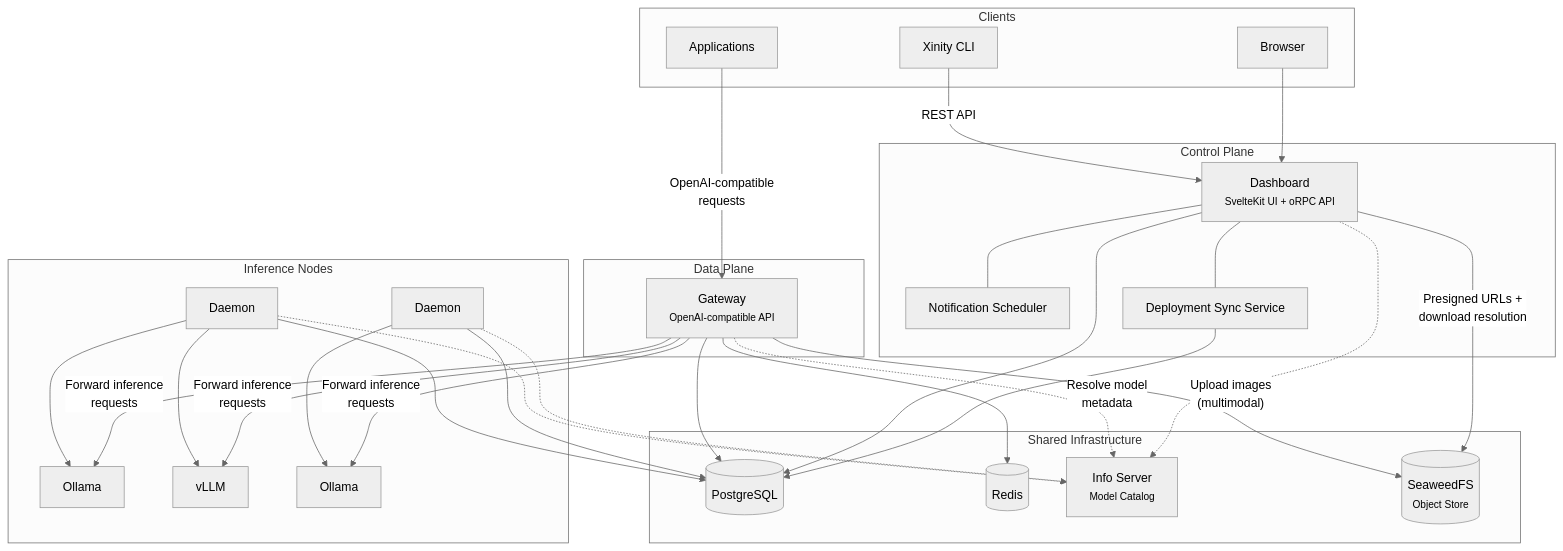
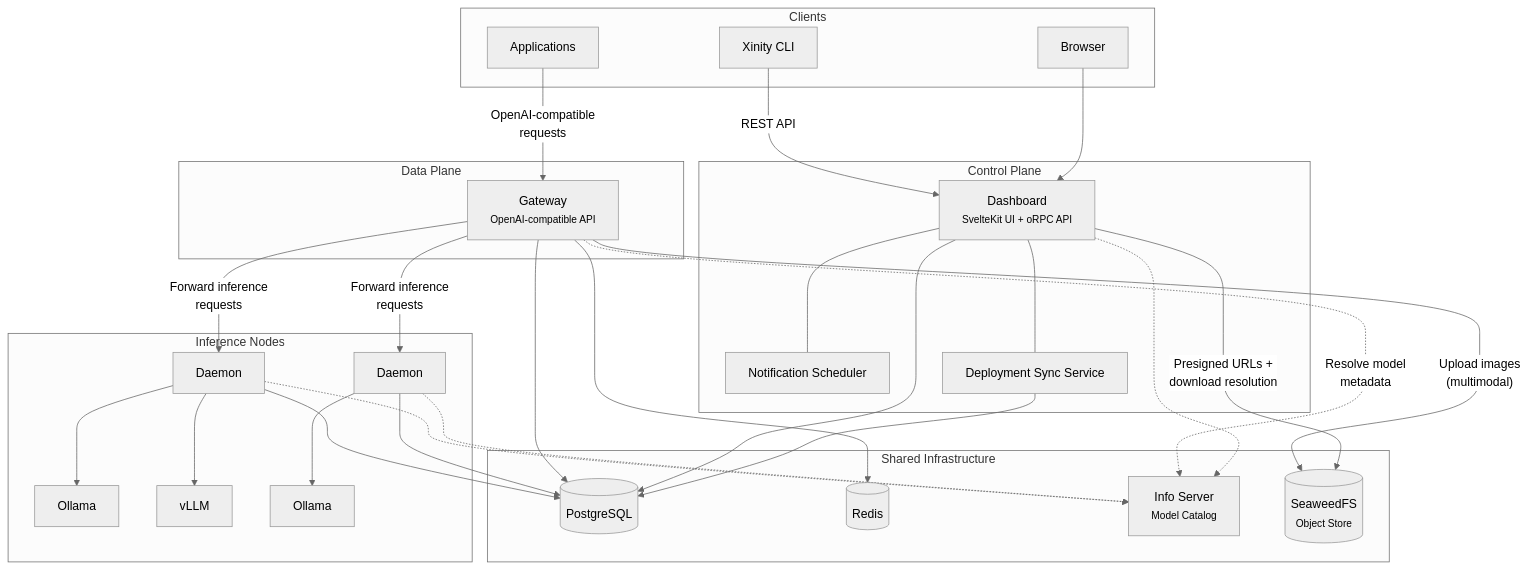
The first of 3 diagrams in docs/architecture.md (xinity-ai/xinity-ai), drawn with Mermaid (neutral theme) before and after one commit. The commit also changed other lines of this file and 37 other files, not shown here.

````diff
--- a/docs/architecture.md
+++ b/docs/architecture.md
@@ -11,61 +11,60 @@
 ```mermaid
 graph TB
     subgraph Clients
         App["Applications"]
         CLI["Xinity CLI"]
         Browser["Browser"]
     end
 
     subgraph "Control Plane"
         Dashboard["Dashboard<br/><small>SvelteKit UI + oRPC API</small>"]
         NotifSched["Notification Scheduler"]
         DeploySync["Deployment Sync Service"]
         Dashboard --- NotifSched
         Dashboard --- DeploySync
     end
 
     subgraph "Data Plane"
         Gateway["Gateway<br/><small>OpenAI-compatible API</small>"]
     end
 
     subgraph "Inference Nodes"
         Daemon1["Daemon"]
         Ollama1["Ollama"]
         VLLM1["vLLM"]
         Daemon1 --> Ollama1
         Daemon1 --> VLLM1
 
         Daemon2["Daemon"]
         Ollama2["Ollama"]
         Daemon2 --> Ollama2
     end
 
     subgraph "Shared Infrastructure"
         DB[("PostgreSQL")]
         Redis[("Redis")]
         Infoserver["Info Server<br/><small>Model Catalog</small>"]
         SeaweedFS[("SeaweedFS<br/><small>Object Store</small>")]
     end
 
     App -->|"OpenAI-compatible<br/>requests"| Gateway
     CLI -->|"REST API"| Dashboard
     Browser --> Dashboard
 
     Gateway --> Redis
     Gateway --> DB
-    Gateway -->|"Forward inference<br/>requests"| Ollama1
-    Gateway -->|"Forward inference<br/>requests"| VLLM1
-    Gateway -->|"Forward inference<br/>requests"| Ollama2
+    Gateway -->|"Forward inference<br/>requests"| Daemon1
+    Gateway -->|"Forward inference<br/>requests"| Daemon2
     Gateway -.->|"Resolve model<br/>metadata"| Infoserver
     Gateway -->|"Upload images<br/>(multimodal)"| SeaweedFS
 
     Dashboard --> DB
     Dashboard -->|"Presigned URLs +<br/>download resolution"| SeaweedFS
     DeploySync --> DB
 
     Daemon1 --> DB
     Daemon2 --> DB
     Daemon1 -.-> Infoserver
     Daemon2 -.-> Infoserver
     Dashboard -.-> Infoserver
 ```
````
